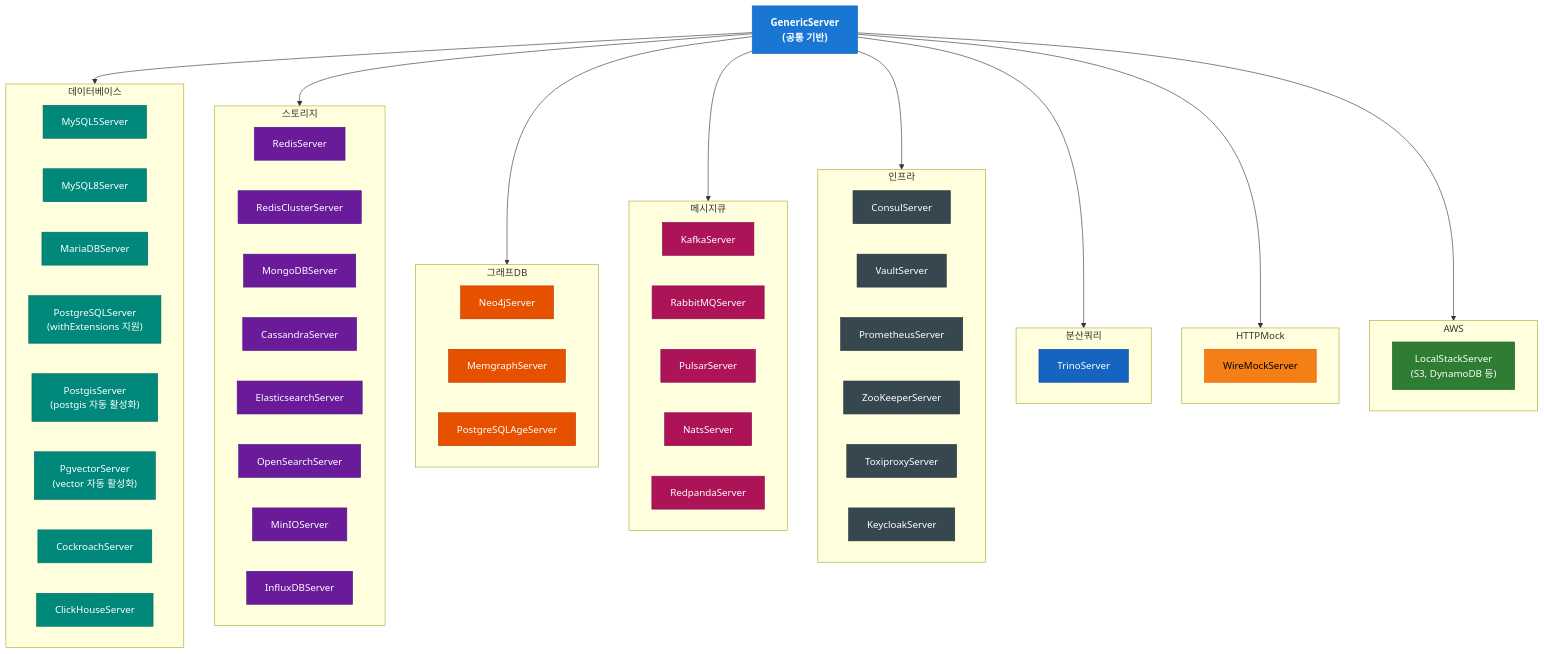
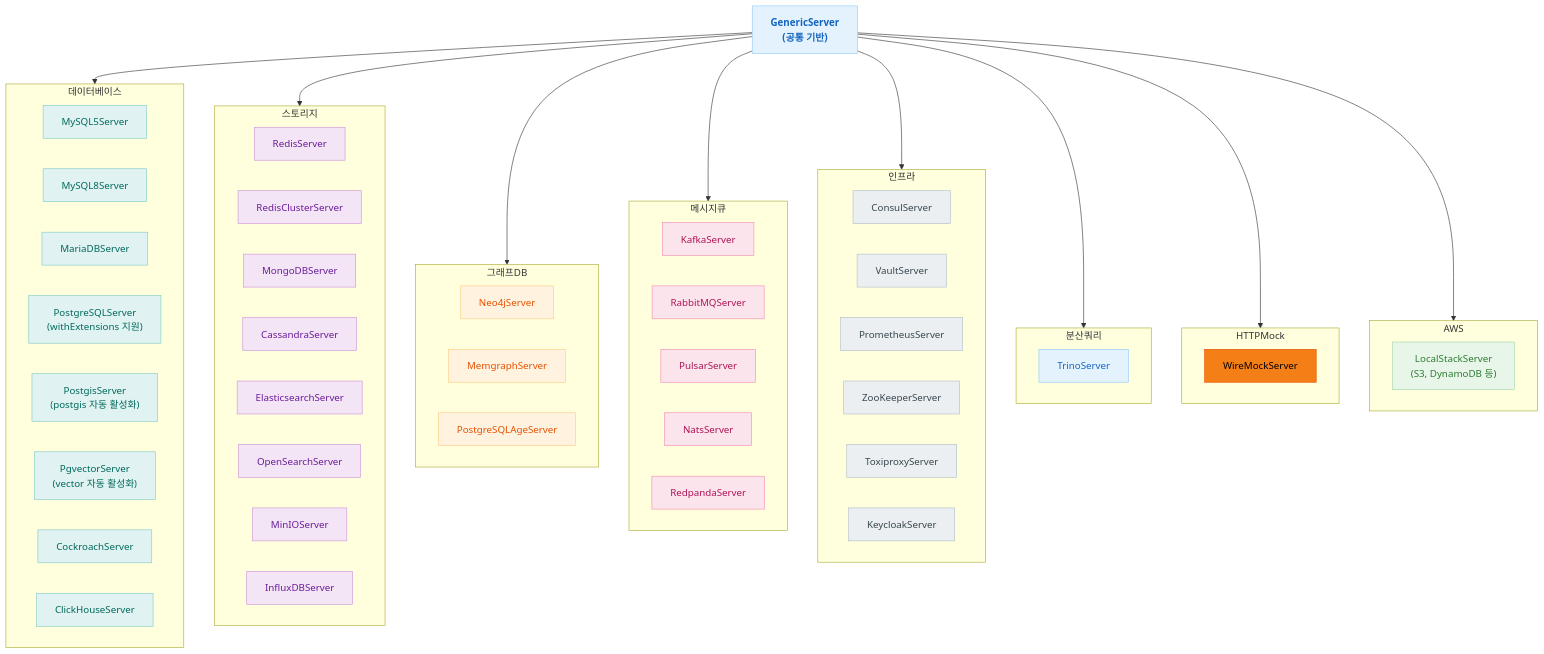
Before and after one commit to bluetape4k/bluetape4k-projects: the third of 4 diagrams in testing/testcontainers/README.ko.md, drawn with Mermaid. The commit also changed other lines of this file and 219 other files, not shown here.

First line of the commit message:
docs: 전체 README Mermaid 다이어그램 가이드 적용

```diff
--- a/testing/testcontainers/README.ko.md
+++ b/testing/testcontainers/README.ko.md
@@ -170,15 +162,15 @@
     GS --> HTTPMock
     GS --> AWS
 
-    classDef baseStyle fill:#1976D2,stroke:#1565C0,color:#FFFFFF,font-weight:bold
-    classDef dbStyle fill:#00897B,stroke:#00695C,color:#FFFFFF
-    classDef storageStyle fill:#6A1B9A,stroke:#4A148C,color:#FFFFFF
-    classDef graphStyle fill:#E65100,stroke:#BF360C,color:#FFFFFF
-    classDef mqStyle fill:#AD1457,stroke:#880E4F,color:#FFFFFF
-    classDef infraStyle fill:#37474F,stroke:#263238,color:#FFFFFF
-    classDef sqlStyle fill:#1565C0,stroke:#0D47A1,color:#FFFFFF
+    classDef baseStyle fill:#E3F2FD,stroke:#90CAF9,color:#1565C0,font-weight:bold
+    classDef dbStyle fill:#E0F2F1,stroke:#80CBC4,color:#00695C
+    classDef storageStyle fill:#F3E5F5,stroke:#CE93D8,color:#6A1B9A
+    classDef graphStyle fill:#FFF3E0,stroke:#FFCC80,color:#E65100
+    classDef mqStyle fill:#FCE4EC,stroke:#F48FB1,color:#AD1457
+    classDef infraStyle fill:#ECEFF1,stroke:#B0BEC5,color:#37474F
+    classDef sqlStyle fill:#E3F2FD,stroke:#90CAF9,color:#1565C0
     classDef mockStyle fill:#F57F17,stroke:#E65100,color:#000000
-    classDef awsStyle fill:#2E7D32,stroke:#1B5E20,color:#FFFFFF
+    classDef awsStyle fill:#E8F5E9,stroke:#A5D6A7,color:#2E7D32
 
     class GS baseStyle
     class MY5,MY8,MA,PG,PGS,PGV,CR,CH dbStyle
```
